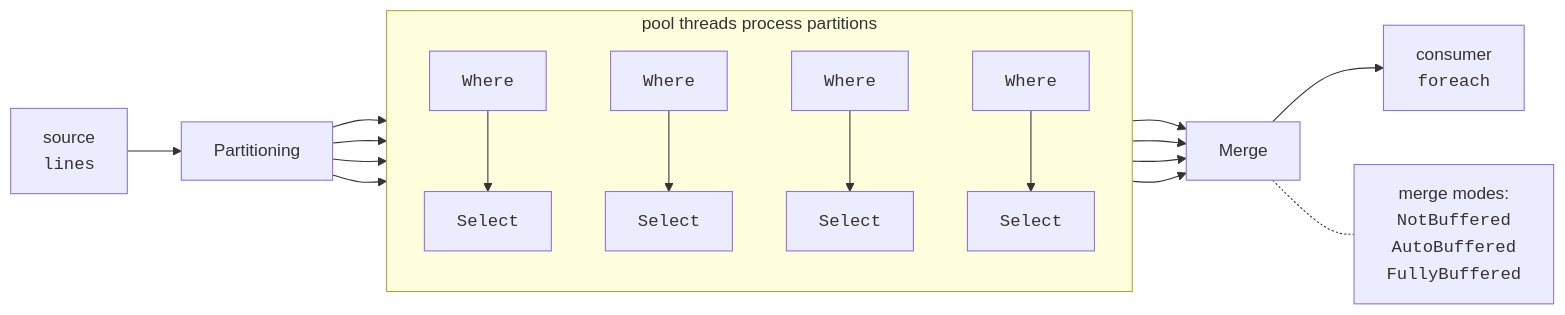
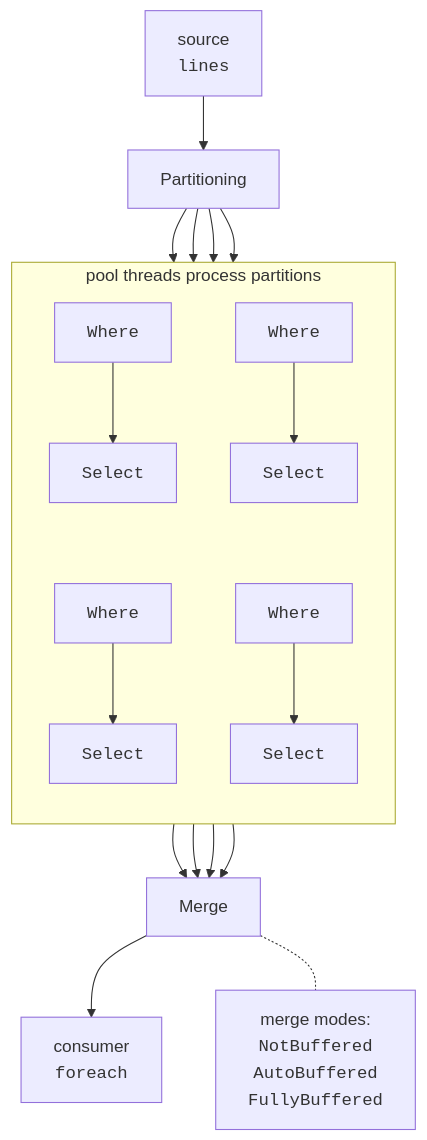
Before and after one commit to musicvano/Blog: the diagram in src/courses/parallel/06-data-parallelism/plinq-aggregation.md, drawn with Mermaid. The commit also changed other lines of this file and 583 other files, not shown here.

````diff
--- a/src/courses/parallel/06-data-parallelism/plinq-aggregation.md
+++ b/src/courses/parallel/06-data-parallelism/plinq-aggregation.md
@@ -23,21 +23,23 @@
 ```mermaid
-flowchart LR
+flowchart TB
   SRC["source<br><code>lines</code>"] --> PART["Partitioning"]
   subgraph LANES["pool threads process partitions"]
     direction TB
     W1["<code>Where</code>"] --> S1["<code>Select</code>"]
     W2["<code>Where</code>"] --> S2["<code>Select</code>"]
     W3["<code>Where</code>"] --> S3["<code>Select</code>"]
     W4["<code>Where</code>"] --> S4["<code>Select</code>"]
+    S1 ~~~ W3
+    S2 ~~~ W4
   end
   PART --> W1
   PART --> W2
   PART --> W3
   PART --> W4
   S1 --> MRG["Merge"]
   S2 --> MRG
   S3 --> MRG
   S4 --> MRG
   MRG --> CON["consumer<br><code>foreach</code>"]
   MRG -.- MODES["merge modes:<br><code>NotBuffered</code><br><code>AutoBuffered</code><br><code>FullyBuffered</code>"]
 ```
````
